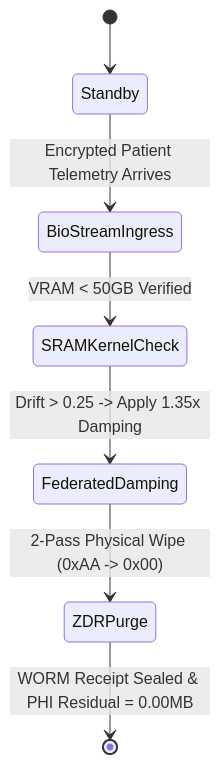
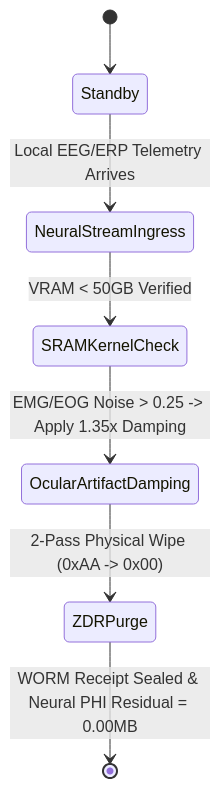
The third of 4 diagrams in docs/SPEC_28_ABUDHABI_FUTURE_HEALTH.md (jackhu24-ship-it/phantom-grid-abudhabi-future-health), drawn with Mermaid before and after one commit. The commit also changed other lines of this file and 32 other files, not shown here.

````diff
--- a/docs/SPEC_28_ABUDHABI_FUTURE_HEALTH.md
+++ b/docs/SPEC_28_ABUDHABI_FUTURE_HEALTH.md
@@ -45,9 +45,9 @@
 ```mermaid
 stateDiagram-v2
     [*] --> Standby
-    Standby --> BioStreamIngress: Encrypted Patient Telemetry Arrives
-    BioStreamIngress --> SRAMKernelCheck: VRAM < 50GB Verified
-    SRAMKernelCheck --> FederatedDamping: Drift > 0.25 -> Apply 1.35x Damping
-    FederatedDamping --> ZDRPurge: 2-Pass Physical Wipe (0xAA -> 0x00)
-    ZDRPurge --> [*]: WORM Receipt Sealed & PHI Residual = 0.00MB
+    Standby --> NeuralStreamIngress: Local EEG/ERP Telemetry Arrives
+    NeuralStreamIngress --> SRAMKernelCheck: VRAM < 50GB Verified
+    SRAMKernelCheck --> OcularArtifactDamping: EMG/EOG Noise > 0.25 -> Apply 1.35x Damping
+    OcularArtifactDamping --> ZDRPurge: 2-Pass Physical Wipe (0xAA -> 0x00)
+    ZDRPurge --> [*]: WORM Receipt Sealed & Neural PHI Residual = 0.00MB
 ```
````
